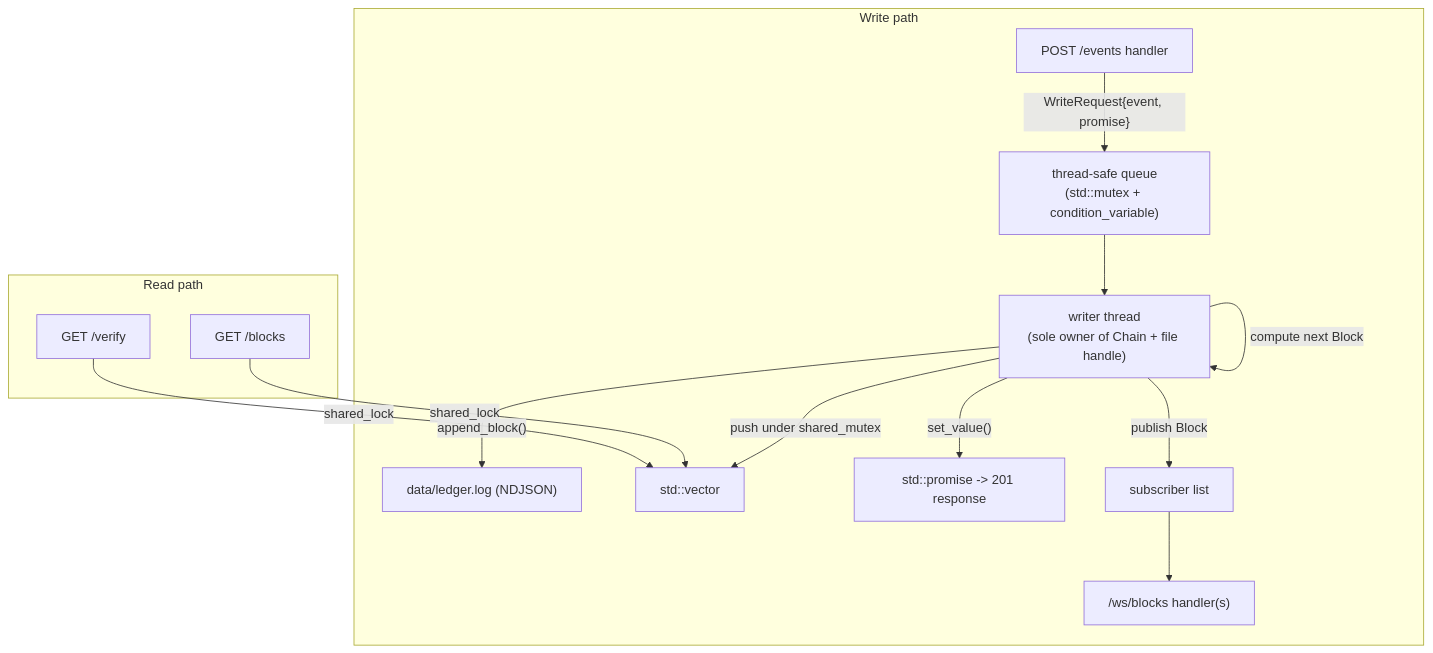
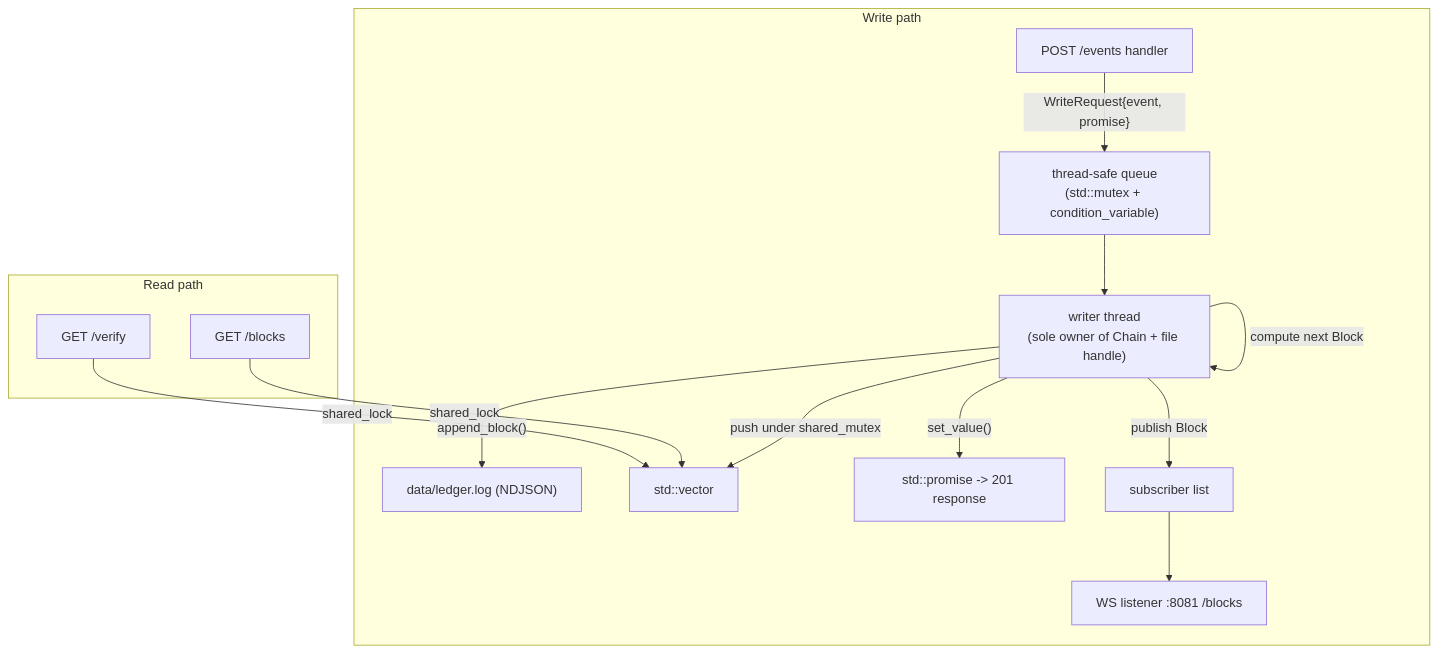
Before and after one commit to rosnMagar/iot-devices-ledger-auditor: the diagram in docs/storage-core/overview.md, drawn with Mermaid. The commit also changed other lines of this file and 7 other files, not shown here.

````diff
--- a/docs/storage-core/overview.md
+++ b/docs/storage-core/overview.md
@@ -62,17 +62,17 @@
 ```mermaid
 flowchart TD
     subgraph Writes["Write path"]
         P["POST /events handler"] -->|"WriteRequest{event, promise}"| Q["thread-safe queue\n(std::mutex + condition_variable)"]
         Q --> WT["writer thread\n(sole owner of Chain + file handle)"]
         WT -->|"compute next Block"| WT
         WT -->|"append_block()"| FILE["data/ledger.log (NDJSON)"]
         WT -->|"push under shared_mutex"| VEC["std::vector<Block>"]
         WT -->|"set_value()"| PROMISE["std::promise -> 201 response"]
         WT -->|"publish Block"| SUBS["subscriber list"]
-        SUBS --> WS["/ws/blocks handler(s)"]
+        SUBS --> WS["WS listener :8081 /blocks"]
     end
     subgraph Reads["Read path"]
         G1["GET /blocks"] -->|"shared_lock"| VEC
         G2["GET /verify"] -->|"shared_lock"| VEC
     end
 ```
````
